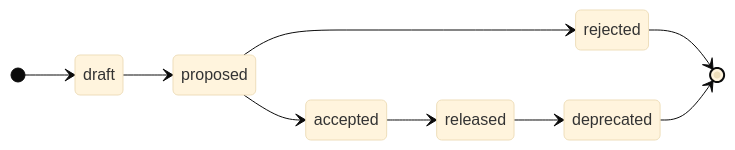
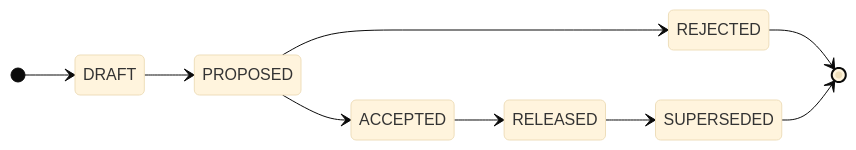
One commit to kieranpotts/specs changed the diagram in CONTRIBUTING.md. Above: the diagram before and after it, drawn with Mermaid (base theme). The commit also changed other lines of this file and 18 other files, not shown here.

````diff
--- a/CONTRIBUTING.md
+++ b/CONTRIBUTING.md
@@ -106,12 +32,12 @@
 ```mermaid
 stateDiagram-v2
   direction LR
-  [*] --> draft
-  draft --> proposed
-  proposed --> accepted
-  proposed --> rejected
-  accepted --> released
-  released --> deprecated
-  rejected --> [*]
-  deprecated --> [*]
+  [*] --> DRAFT
+  DRAFT --> PROPOSED
+  PROPOSED --> ACCEPTED
+  PROPOSED --> REJECTED
+  ACCEPTED --> RELEASED
+  RELEASED --> SUPERSEDED
+  REJECTED --> [*]
+  SUPERSEDED --> [*]
 ```
````
